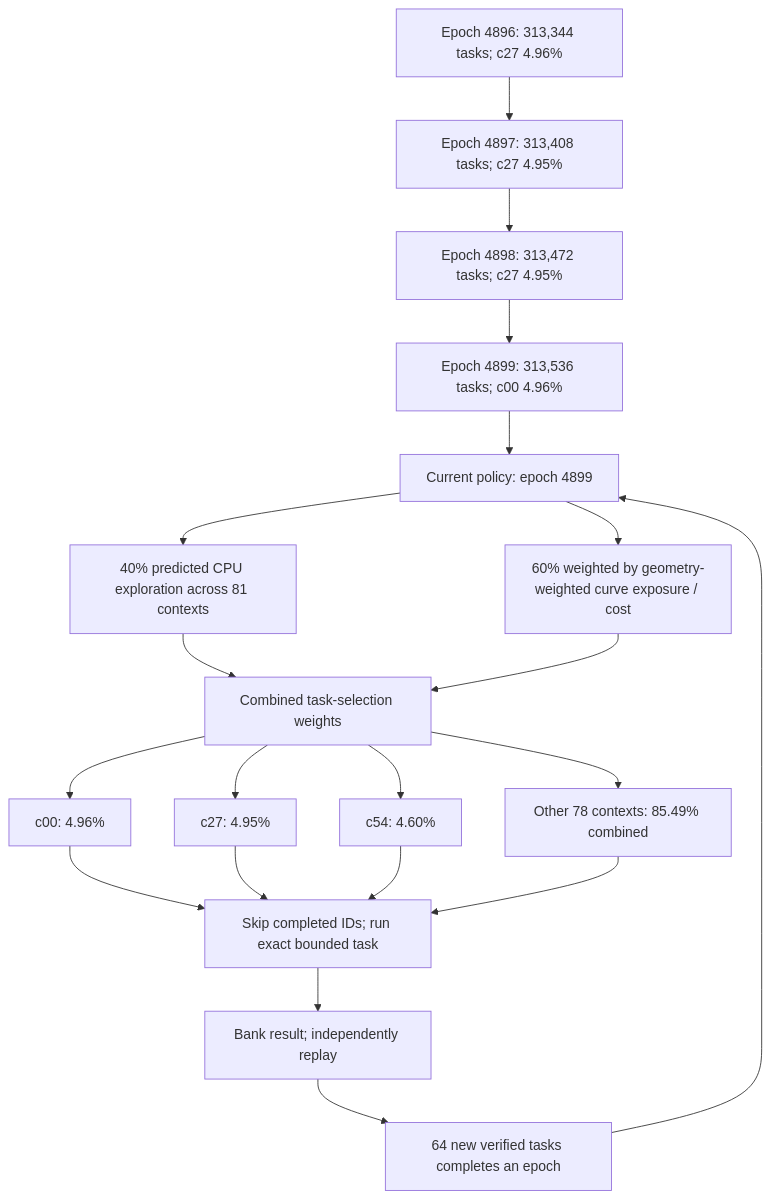
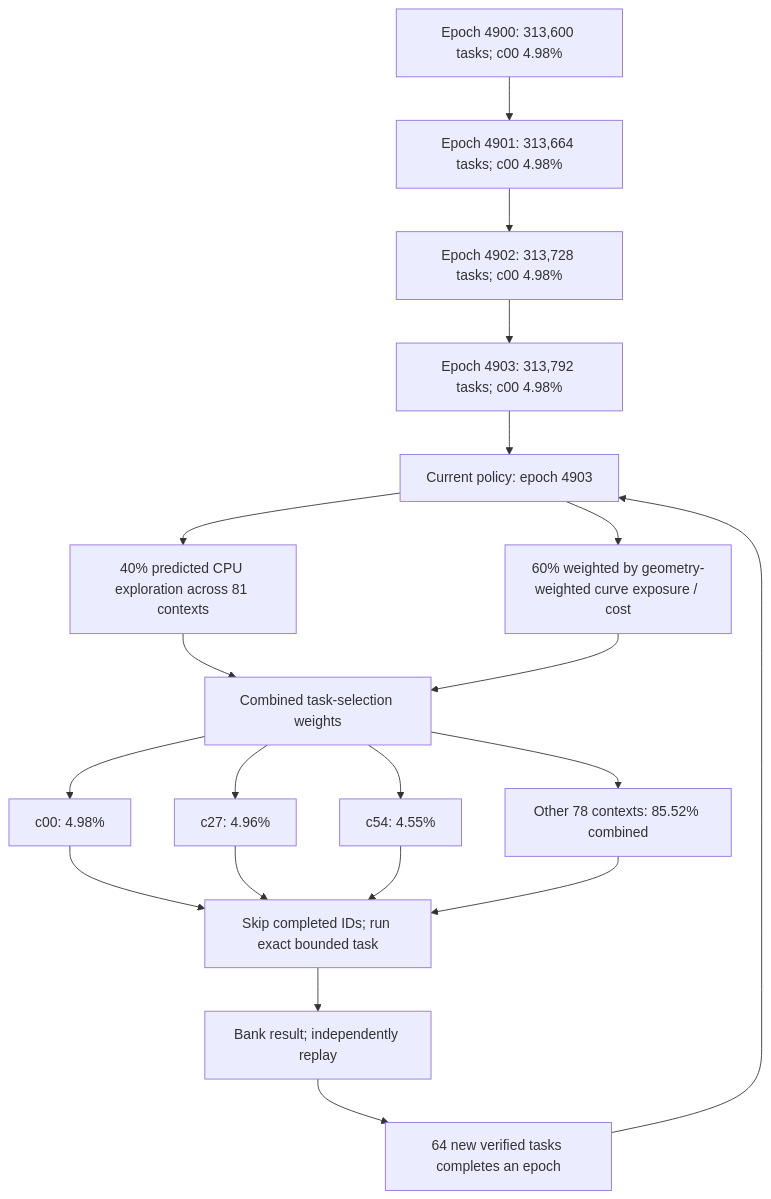
One commit to Kuberwastaken/math-gambling changed the first of 3 diagrams in README.md. Above: the diagram before and after it, drawn with Mermaid. The commit also changed other lines of this file and 1505 other files, not shown here.

````diff
--- a/README.md
+++ b/README.md
@@ -60,27 +60,27 @@
 ```mermaid
 flowchart TD
-    H0["Epoch 4896: 313,344 tasks; c27 4.96%"]
-    H1["Epoch 4897: 313,408 tasks; c27 4.95%"]
+    H0["Epoch 4900: 313,600 tasks; c00 4.98%"]
+    H1["Epoch 4901: 313,664 tasks; c00 4.98%"]
     H0 --> H1
-    H2["Epoch 4898: 313,472 tasks; c27 4.95%"]
+    H2["Epoch 4902: 313,728 tasks; c00 4.98%"]
     H1 --> H2
-    H3["Epoch 4899: 313,536 tasks; c00 4.96%"]
+    H3["Epoch 4903: 313,792 tasks; c00 4.98%"]
     H2 --> H3
-    Policy["Current policy: epoch 4899"]
+    Policy["Current policy: epoch 4903"]
     H3 --> Policy
     Policy --> Explore["40% predicted CPU exploration across 81 contexts"]
     Policy --> Cost["60% weighted by geometry-weighted curve exposure / cost"]
     Explore --> Mix["Combined task-selection weights"]
     Cost --> Mix
-    Mix --> C0["c00: 4.96%"]
-    Mix --> C1["c27: 4.95%"]
-    Mix --> C2["c54: 4.60%"]
-    Mix --> Rest["Other 78 contexts: 85.49% combined"]
+    Mix --> C0["c00: 4.98%"]
+    Mix --> C1["c27: 4.96%"]
+    Mix --> C2["c54: 4.55%"]
+    Mix --> Rest["Other 78 contexts: 85.52% combined"]
     C0 --> Check["Skip completed IDs; run exact bounded task"]
     C1 --> Check
     C2 --> Check
     Rest --> Check
     Check --> Replay["Bank result; independently replay"]
     Replay --> Gate["64 new verified tasks completes an epoch"]
     Gate --> Policy
 ```
````
